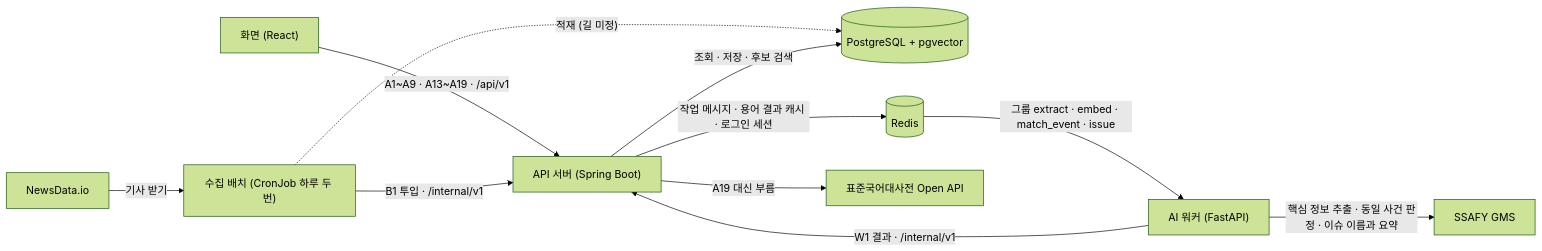
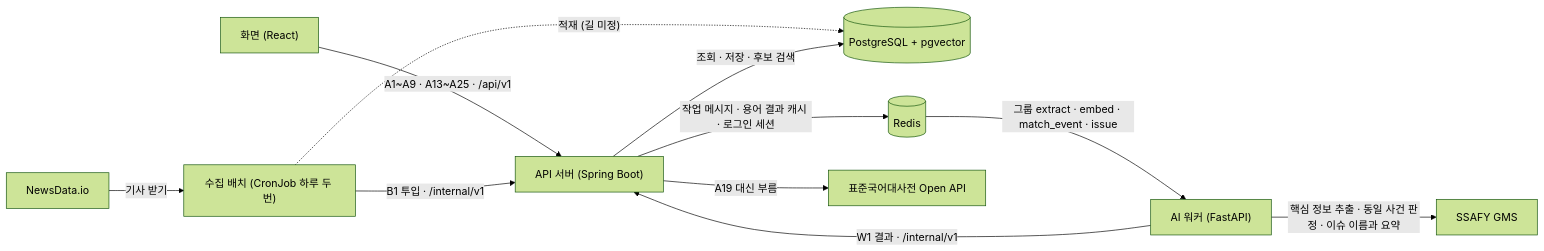
The first of 5 diagrams in docs/api.md (a102-NEWLEARN/NEW-LEARN), drawn with Mermaid (forest theme) before and after one commit. The commit also changed other lines of this file and 5 other files, not shown here.

````diff
--- a/docs/api.md
+++ b/docs/api.md
@@ -22,13 +23,13 @@
 ```mermaid
 flowchart LR
-  FE["화면 (React)"] -- "A1~A9 · A13~A19 · /api/v1" --> API["API 서버 (Spring Boot)"]
+  FE["화면 (React)"] -- "A1~A9 · A13~A25 · /api/v1" --> API["API 서버 (Spring Boot)"]
   N["NewsData.io"] -- "기사 받기" --> B["수집 배치 (CronJob 하루 두 번)"]
   B -- "B1 투입 · /internal/v1" --> API
   B -. "적재 (길 미정)" .-> DB[("PostgreSQL + pgvector")]
   API -- "조회 · 저장 · 후보 검색" --> DB
   API -- "작업 메시지 · 용어 결과 캐시 · 로그인 세션" --> R[("Redis")]
   R -- "그룹 extract · embed · match_event · issue" --> W["AI 워커 (FastAPI)"]
   W -- "W1 결과 · /internal/v1" --> API
   W -- "핵심 정보 추출 · 동일 사건 판정 · 이슈 이름과 요약" --> G["SSAFY GMS"]
   API -- "A19 대신 부름" --> D["표준국어대사전 Open API"]
 ```
````
